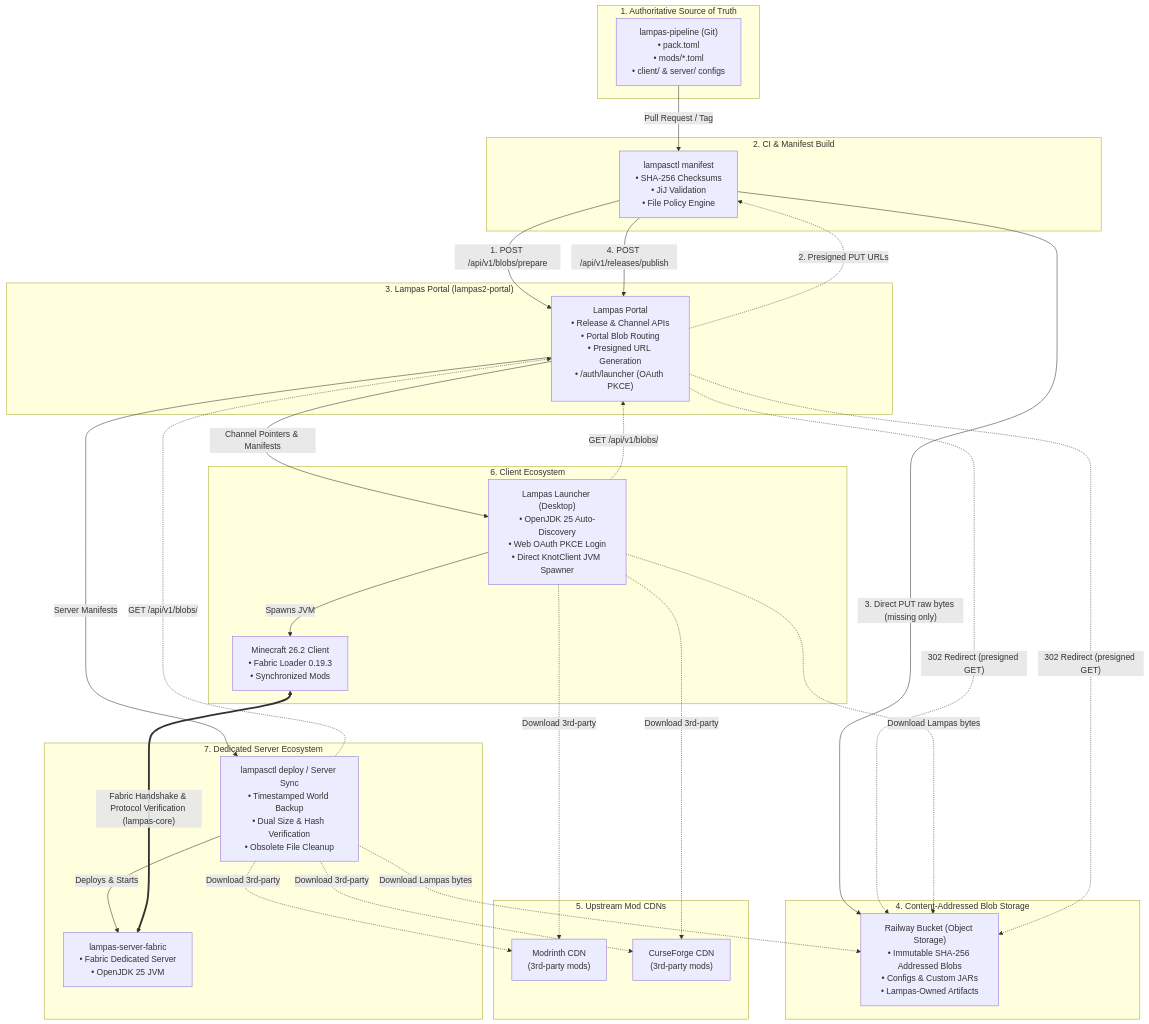
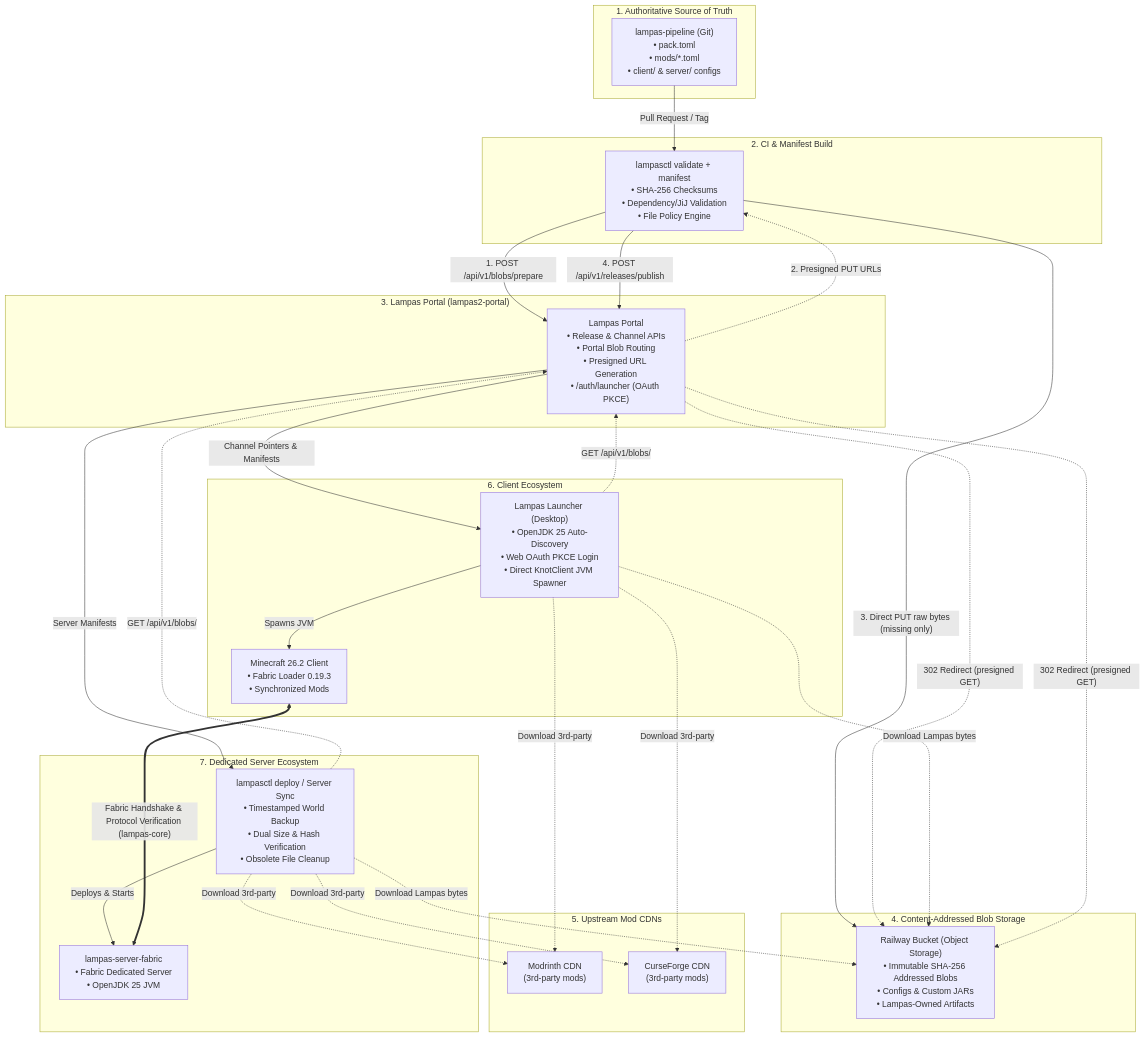
Before and after one commit to justbecauseph/lampas-pipeline: the first of 5 diagrams in README.md, drawn with Mermaid. The commit also changed other lines of this file, not shown here.

````diff
--- a/README.md
+++ b/README.md
@@ -17,59 +17,59 @@
 ```mermaid
 graph TD
     subgraph Git ["1. Authoritative Source of Truth"]
         Pipeline["lampas-pipeline (Git)<br/>• pack.toml<br/>• mods/*.toml<br/>• client/ & server/ configs"]
     end
 
     subgraph CI ["2. CI & Manifest Build"]
-        Lampasctl["lampasctl manifest<br/>• SHA-256 Checksums<br/>• JiJ Validation<br/>• File Policy Engine"]
+        Lampasctl["lampasctl validate + manifest<br/>• SHA-256 Checksums<br/>• Dependency/JiJ Validation<br/>• File Policy Engine"]
     end
 
     subgraph PortalLayer ["3. Lampas Portal (lampas2-portal)"]
         PortalAPI["Lampas Portal<br/>• Release & Channel APIs<br/>• Portal Blob Routing<br/>• Presigned URL Generation<br/>• /auth/launcher (OAuth PKCE)"]
     end
 
     subgraph Storage ["4. Content-Addressed Blob Storage"]
         RailwayBucket["Railway Bucket (Object Storage)<br/>• Immutable SHA-256 Addressed Blobs<br/>• Configs & Custom JARs<br/>• Lampas-Owned Artifacts"]
     end
 
     subgraph CDNs ["5. Upstream Mod CDNs"]
         Modrinth["Modrinth CDN<br/>(3rd-party mods)"]
         CurseForge["CurseForge CDN<br/>(3rd-party mods)"]
     end
 
     subgraph ClientLayer ["6. Client Ecosystem"]
         Launcher["Lampas Launcher (Desktop)<br/>• OpenJDK 25 Auto-Discovery<br/>• Web OAuth PKCE Login<br/>• Direct KnotClient JVM Spawner"]
         ClientMC["Minecraft 26.2 Client<br/>• Fabric Loader 0.19.3<br/>• Synchronized Mods"]
     end
 
     subgraph ServerLayer ["7. Dedicated Server Ecosystem"]
         ServerScript["lampasctl deploy / Server Sync<br/>• Timestamped World Backup<br/>• Dual Size & Hash Verification<br/>• Obsolete File Cleanup"]
         ServerMC["lampas-server-fabric<br/>• Fabric Dedicated Server<br/>• OpenJDK 25 JVM"]
     end
 
     Pipeline -->|Pull Request / Tag| Lampasctl
     Lampasctl -->|"1. POST /api/v1/blobs/prepare"| PortalAPI
     PortalAPI -.->|"2. Presigned PUT URLs"| Lampasctl
     Lampasctl -->|"3. Direct PUT raw bytes (missing only)"| RailwayBucket
     Lampasctl -->|"4. POST /api/v1/releases/publish"| PortalAPI
 
     PortalAPI -->|Channel Pointers & Manifests| Launcher
     PortalAPI -->|Server Manifests| ServerScript
 
     Launcher -.->|Download 3rd-party| Modrinth
     Launcher -.->|Download 3rd-party| CurseForge
     Launcher -.->|"GET /api/v1/blobs/<sha256>"| PortalAPI
     PortalAPI -.->|"302 Redirect (presigned GET)"| RailwayBucket
     Launcher -.->|Download Lampas bytes| RailwayBucket
 
     ServerScript -.->|Download 3rd-party| Modrinth
     ServerScript -.->|Download 3rd-party| CurseForge
     ServerScript -.->|"GET /api/v1/blobs/<sha256>"| PortalAPI
     PortalAPI -.->|"302 Redirect (presigned GET)"| RailwayBucket
     ServerScript -.->|Download Lampas bytes| RailwayBucket
 
     Launcher -->|Spawns JVM| ClientMC
     ServerScript -->|Deploys & Starts| ServerMC
 
     ClientMC <===>|"Fabric Handshake & Protocol Verification (lampas-core)"| ServerMC
 ```
````
